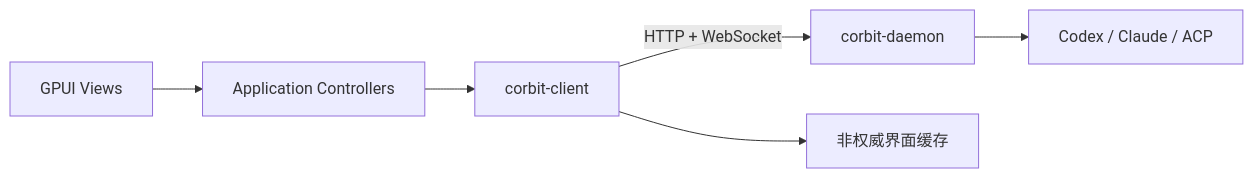
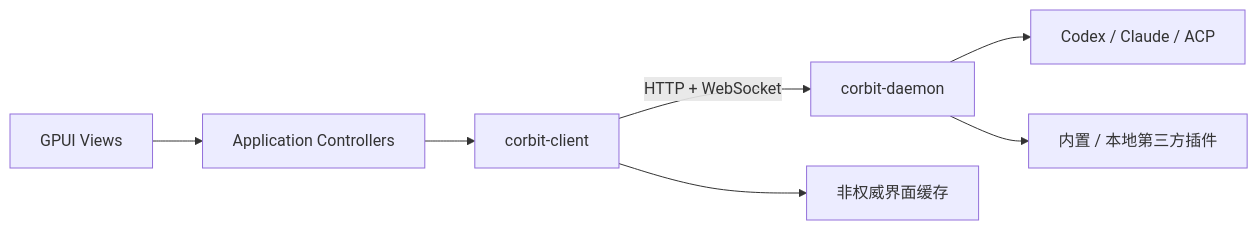
One commit to wfu-work/corbit-app changed the diagram in README.md. Above: the diagram before and after it, drawn with Mermaid. The commit also changed other lines of this file and 33 other files, not shown here.

````diff
--- a/README.md
+++ b/README.md
@@ -26,8 +26,9 @@
 ```mermaid
 flowchart LR
     View["GPUI Views"] --> Controller["Application Controllers"]
     Controller --> Client["corbit-client"]
     Client -->|"HTTP + WebSocket"| Daemon["corbit-daemon"]
     Daemon --> Providers["Codex / Claude / ACP"]
+    Daemon --> Plugins["内置 / 本地第三方插件"]
     Client --> Cache["非权威界面缓存"]
 ```
````
